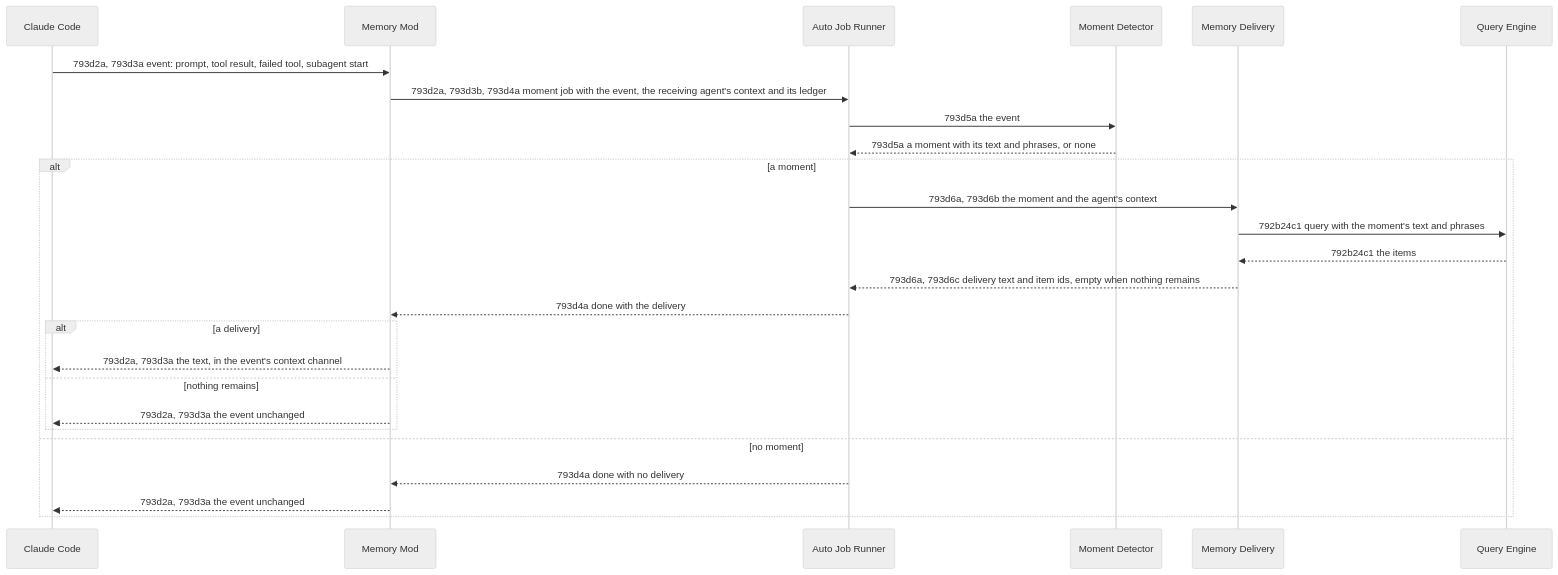
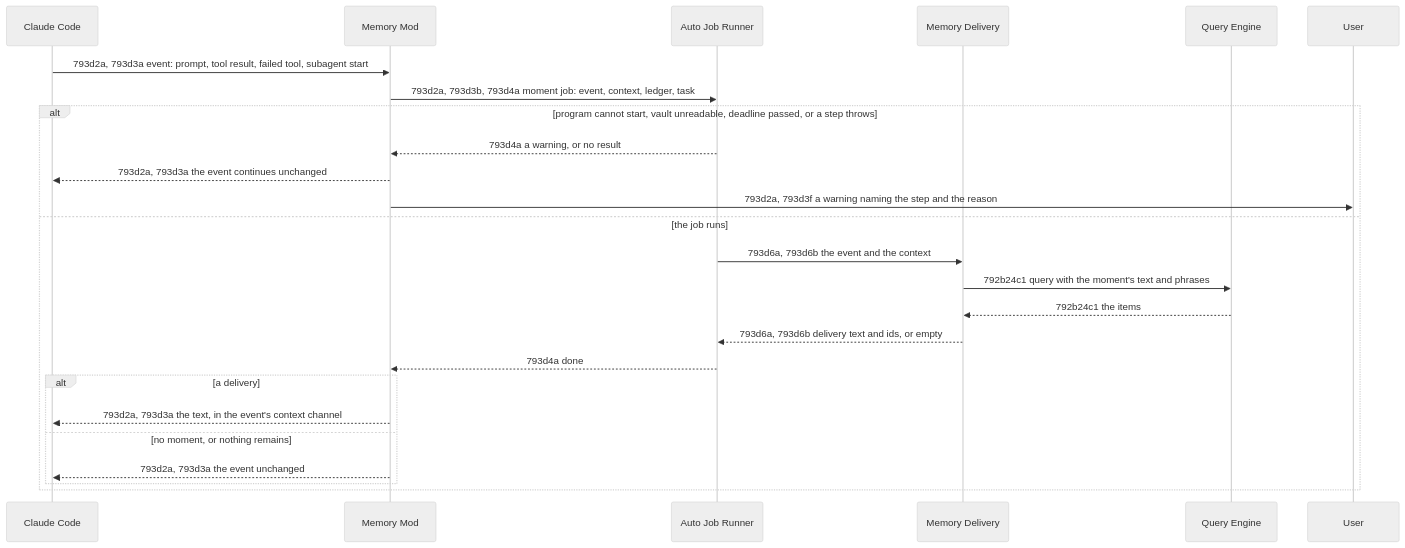
One commit to toejough/engram changed the first of 2 diagrams in docs/changes/793_parallel-memory-agent/793d_technical-spec.md. Above: the diagram before and after it, drawn with Mermaid (neutral theme). The commit also changed other lines of this file and 2 other files, not shown here.

````diff
--- a/docs/changes/793_parallel-memory-agent/793d_technical-spec.md
+++ b/docs/changes/793_parallel-memory-agent/793d_technical-spec.md
@@ -93,29 +55,28 @@
 ```mermaid
 sequenceDiagram
     participant CC as Claude Code
     participant Mod as Memory Mod
     participant Run as Auto Job Runner
-    participant Det as Moment Detector
     participant Del as Memory Delivery
     participant Qry as Query Engine
+    participant User as User
 
     CC->>Mod: 793d2a, 793d3a event: prompt, tool result, failed tool, subagent start
-    Mod->>Run: 793d2a, 793d3b, 793d4a moment job with the event, the receiving agent's context and its ledger
-    Run->>Det: 793d5a the event
-    Det-->>Run: 793d5a a moment with its text and phrases, or none
-    alt a moment
-        Run->>Del: 793d6a, 793d6b the moment and the agent's context
+    Mod->>Run: 793d2a, 793d3b, 793d4a moment job: event, context, ledger, task
+    alt program cannot start, vault unreadable, deadline passed, or a step throws
+        Run-->>Mod: 793d4a a warning, or no result
+        Mod-->>CC: 793d2a, 793d3a the event continues unchanged
+        Mod->>User: 793d2a, 793d3f a warning naming the step and the reason
+    else the job runs
+        Run->>Del: 793d6a, 793d6b the event and the context
         Del->>Qry: 792b24c1 query with the moment's text and phrases
         Qry-->>Del: 792b24c1 the items
-        Del-->>Run: 793d6a, 793d6c delivery text and item ids, empty when nothing remains
-        Run-->>Mod: 793d4a done with the delivery
+        Del-->>Run: 793d6a, 793d6b delivery text and ids, or empty
+        Run-->>Mod: 793d4a done
         alt a delivery
             Mod-->>CC: 793d2a, 793d3a the text, in the event's context channel
-        else nothing remains
+        else no moment, or nothing remains
             Mod-->>CC: 793d2a, 793d3a the event unchanged
         end
-    else no moment
-        Run-->>Mod: 793d4a done with no delivery
-        Mod-->>CC: 793d2a, 793d3a the event unchanged
     end
 ```
````
